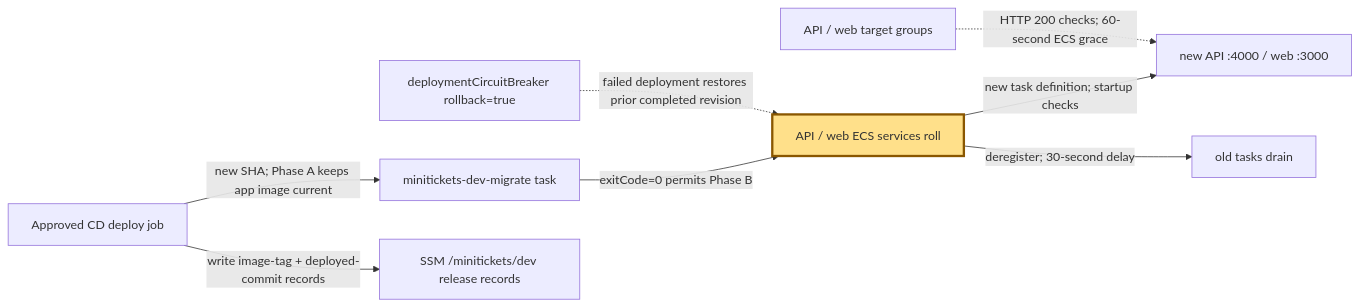
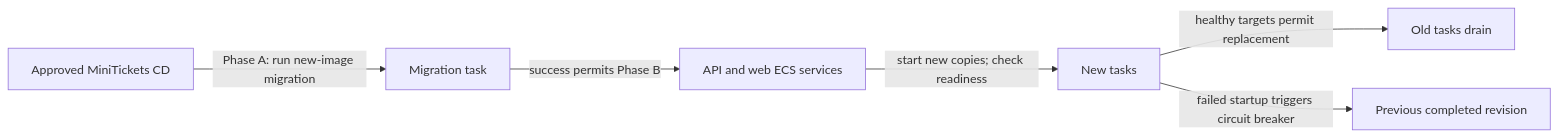
The diagram in docs/handbook/concepts/zero-downtime-deploys.md (maheshnd/minitickets), drawn with Mermaid before and after one commit. The commit also changed other lines of this file and 39 other files, not shown here.

````diff
--- a/docs/handbook/concepts/zero-downtime-deploys.md
+++ b/docs/handbook/concepts/zero-downtime-deploys.md
@@ -13,12 +17,8 @@
 ```mermaid
 flowchart LR
-    G["Approved CD deploy job"] -->|"new SHA; Phase A keeps app image current"| M["minitickets-dev-migrate task"]
-    M -->|"exitCode=0 permits Phase B"| S["API / web ECS services roll"]
-    S -->|"new task definition; startup checks"| N["new API :4000 / web :3000"]
-    S -->|"deregister; 30-second delay"| O["old tasks drain"]
-    T["API / web target groups"] -.->|"HTTP 200 checks; 60-second ECS grace"| N
-    C["deploymentCircuitBreaker rollback=true"] -.->|"failed deployment restores prior completed revision"| S
-    G -->|"write image-tag + deployed-commit records"| R["SSM /minitickets/dev release records"]
-    classDef focus fill:#ffe08a,stroke:#8a5700,stroke-width:3px
-    class S focus
+    C["Approved MiniTickets CD"] -->|"Phase A: run new-image migration"| M["Migration task"]
+    M -->|"success permits Phase B"| S["API and web ECS services"]
+    S -->|"start new copies; check readiness"| N["New tasks"]
+    N -->|"healthy targets permit replacement"| O["Old tasks drain"]
+    N -->|"failed startup triggers circuit breaker"| R["Previous completed revision"]
 ```
````
